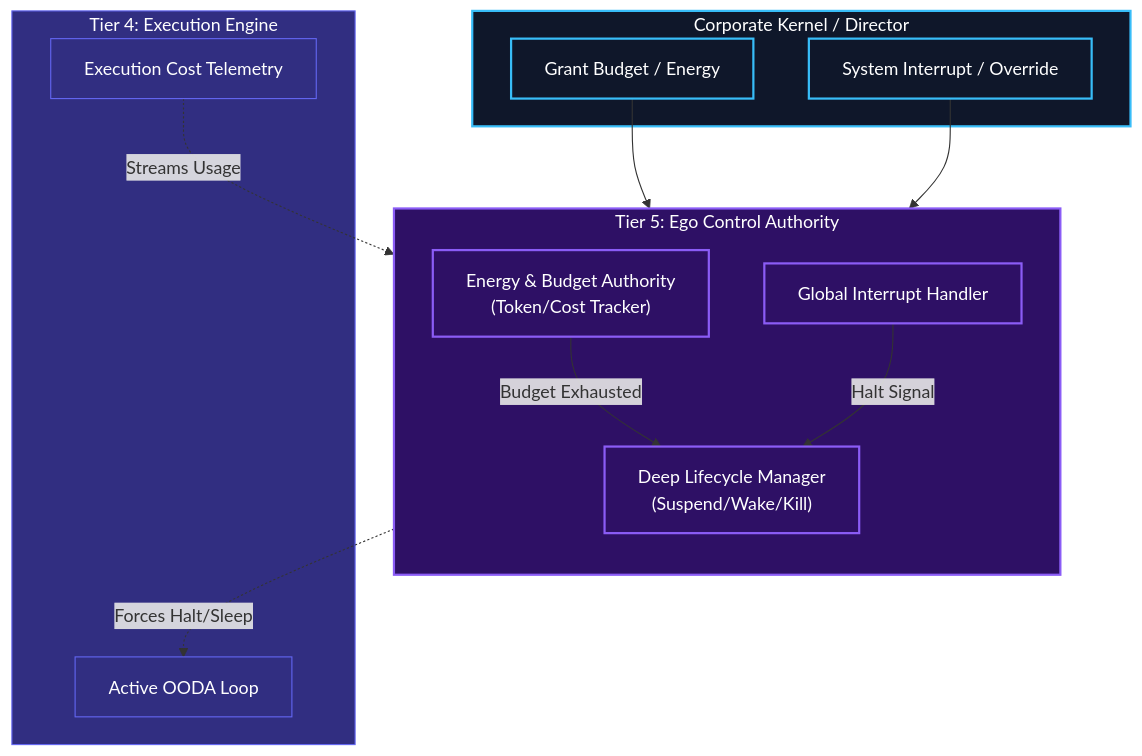
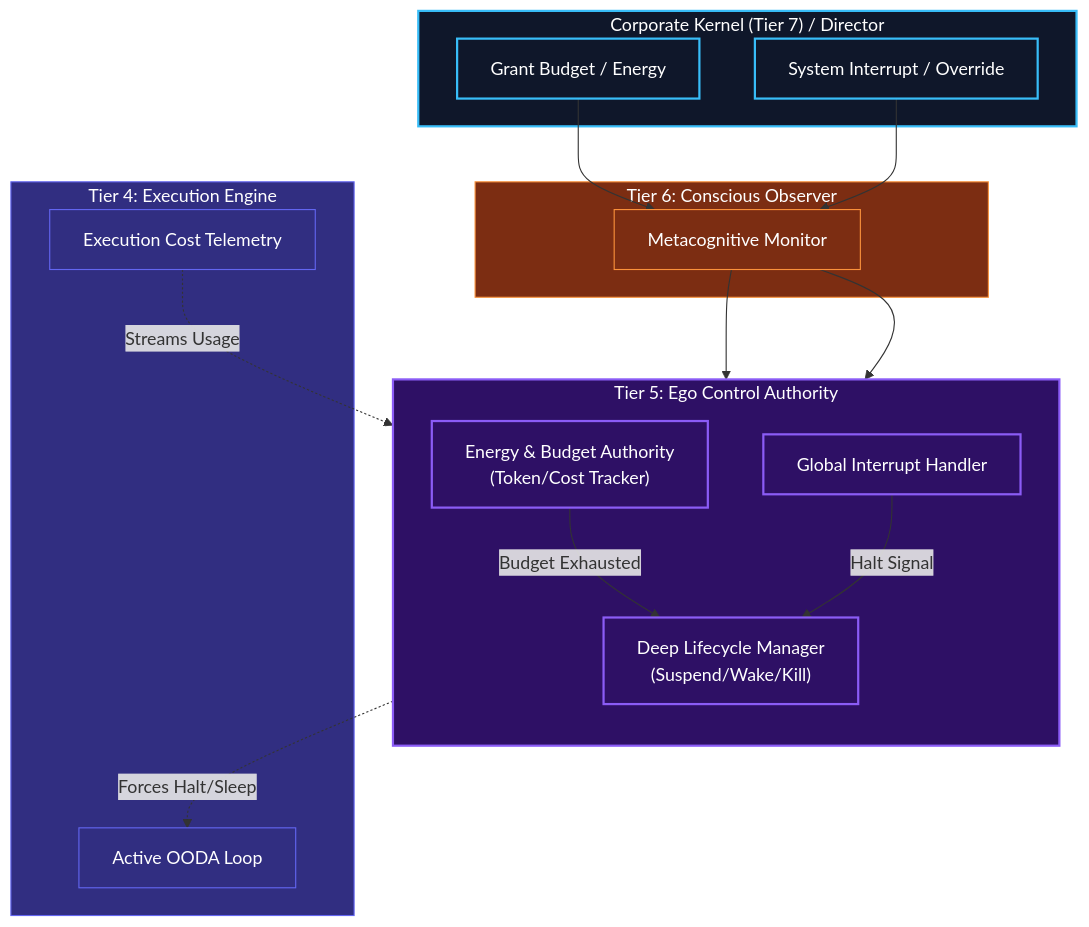
Before and after one commit to azzindani/Kea: the diagram in redesign/tier_5/energy_and_interrupts.md, drawn with Mermaid. The commit also changed other lines of this file and 16 other files, not shown here.

First line of the commit message:
Add Tier 6 (Conscious Observer) and restructure Human Kernel to 8 tiers

````diff
--- a/redesign/tier_5/energy_and_interrupts.md
+++ b/redesign/tier_5/energy_and_interrupts.md
@@ -14,46 +14,56 @@
 ```mermaid
 ---
 config:
   layout: dagre
 ---
 flowchart TB
-    %% Corporate Inputs
-    subgraph sCorp["Corporate Kernel / Director"]
+    %% Tier 6 Conscious Observer
+    subgraph sTier6["Tier 6: Conscious Observer"]
+        nConscious["Metacognitive Monitor"]
+    end
+
+    %% Corporate Inputs (via T6)
+    subgraph sCorp["Corporate Kernel (Tier 7) / Director"]
         nBudgetGrant["Grant Budget / Energy"]
         nInterruptSig["System Interrupt / Override"]
     end
 
     %% Tier 5 Control Systems
     subgraph sTier5["Tier 5: Ego Control Authority"]
         direction TB
         
         nBudgetAuth["Energy & Budget Authority<br>(Token/Cost Tracker)"]
         nInterrupt["Global Interrupt Handler"]
         nLifecycle["Deep Lifecycle Manager<br>(Suspend/Wake/Kill)"]
         
         nBudgetAuth -- "Budget Exhausted" --> nLifecycle
         nInterrupt -- "Halt Signal" --> nLifecycle
     end
 
     %% Tier 4 Subsystems
     subgraph sTier4["Tier 4: Execution Engine"]
         nOODA["Active OODA Loop"]
         nCostMetrics["Execution Cost Telemetry"]
     end
 
     %% Flow
-    nBudgetGrant --> nBudgetAuth
-    nInterruptSig --> nInterrupt
+    nBudgetGrant --> nConscious
+    nInterruptSig --> nConscious
+    nConscious --> nBudgetAuth
+    nConscious --> nInterrupt
     
     nLifecycle -.->|Forces Halt/Sleep| nOODA
     nCostMetrics -.->|Streams Usage| nBudgetAuth
 
     %% Styling
     classDef t4 fill:#312E81,stroke:#6366F1,stroke-width:1px,color:#fff
     classDef t5 fill:#2E1065,stroke:#8B5CF6,stroke-width:2px,color:#fff
     classDef corp fill:#0f172a,stroke:#38bdf8,stroke-width:2px,color:#fff
     
+    classDef t6 fill:#7C2D12,stroke:#FB923C,stroke-width:1px,color:#fff
+
     class sCorp,nBudgetGrant,nInterruptSig corp
+    class sTier6,nConscious t6
     class sTier5,nBudgetAuth,nInterrupt,nLifecycle t5
     class sTier4,nOODA,nCostMetrics t4
 ```
````
